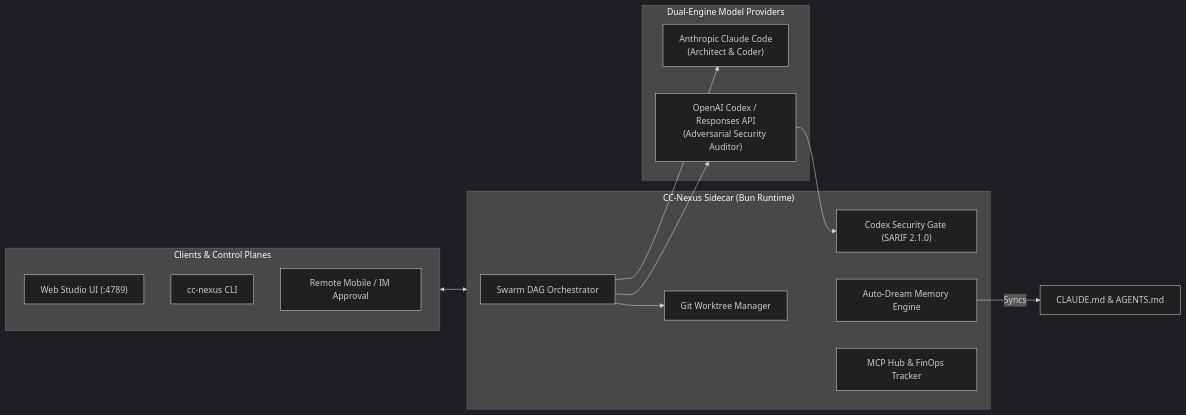
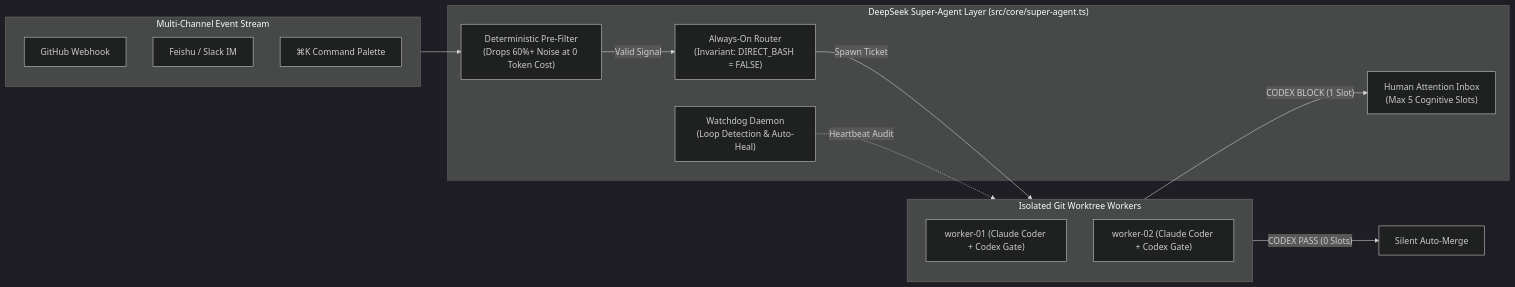
Before and after one commit to PRY123-BOT/cc-nexus: the diagram in README.md, drawn with Mermaid (dark theme). The commit also changed other lines of this file and 11 other files, not shown here.

Commit message:
feat(v2.0): integrate DeepSeek Super-Agent architecture and industrial Swiss-Grid UI

````diff
--- a/README.md
+++ b/README.md
@@ -57,28 +59,27 @@
 ```mermaid
 flowchart LR
-    subgraph UI["Clients & Control Planes"]
-        Studio["Web Studio UI (:4789)"]
-        CLI["cc-nexus CLI"]
-        Webhook["Remote Mobile / IM Approval"]
+    subgraph Events["Multi-Channel Event Stream"]
+        GH["GitHub Webhook"]
+        IM["Feishu / Slack IM"]
+        CMD["⌘K Command Palette"]
     end
 
-    subgraph Engine["CC-Nexus Sidecar (Bun Runtime)"]
-        Orch["Swarm DAG Orchestrator"]
-        WT["Git Worktree Manager"]
-        Gate["Codex Security Gate (SARIF 2.1.0)"]
-        Dream["Auto-Dream Memory Engine"]
-        MCP["MCP Hub & FinOps Tracker"]
+    subgraph SuperAgent["DeepSeek Super-Agent Layer (src/core/super-agent.ts)"]
+        Filter["Deterministic Pre-Filter\n(Drops 60%+ Noise at 0 Token Cost)"]
+        Router["Always-On Router\n(Invariant: DIRECT_BASH = FALSE)"]
+        Watchdog["Watchdog Daemon\n(Loop Detection & Auto-Heal)"]
+        Inbox["Human Attention Inbox\n(Max 5 Cognitive Slots)"]
     end
 
-    subgraph Models["Dual-Engine Model Providers"]
-        Claude["Anthropic Claude Code\n(Architect & Coder)"]
-        Codex["OpenAI Codex / Responses API\n(Adversarial Security Auditor)"]
+    subgraph Workers["Isolated Git Worktree Workers"]
+        W1["worker-01 (Claude Coder + Codex Gate)"]
+        W2["worker-02 (Claude Coder + Codex Gate)"]
     end
 
-    UI <--> Engine
-    Orch --> WT
-    Orch --> Claude
-    Orch --> Codex
-    Codex --> Gate
-    Dream -->|"Syncs"| Docs["CLAUDE.md & AGENTS.md"]
+    Events --> Filter
+    Filter -->|"Valid Signal"| Router
+    Router -->|"Spawn Ticket"| Workers
+    Watchdog -.->|"Heartbeat Audit"| Workers
+    Workers -->|"CODEX PASS (0 Slots)"| Merge["Silent Auto-Merge"]
+    Workers -->|"CODEX BLOCK (1 Slot)"| Inbox
 ```
````
